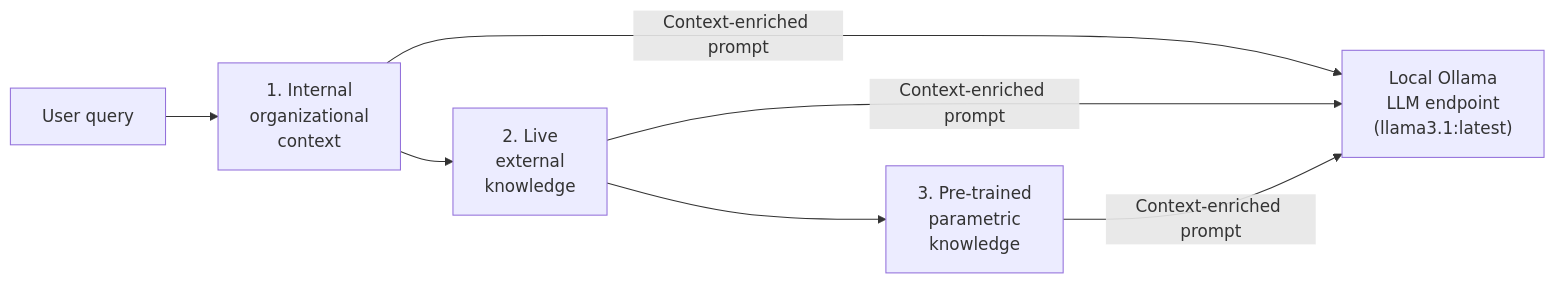
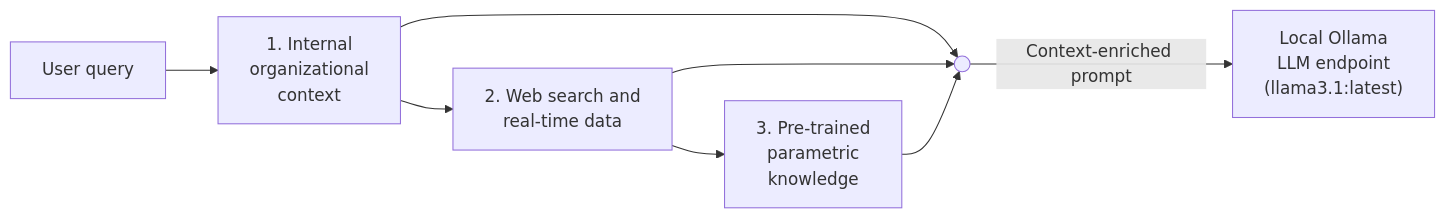
The diagram in README.MD (panxiaoyan225-sudo/Agentic_RAG_Pipeline), drawn with Mermaid before and after one commit.

Commit message:
Full End-to-End Agentic RAG Pipeline

````diff
--- a/README.MD
+++ b/README.MD
@@ -14,9 +14,11 @@
 ```mermaid
 flowchart LR
     Q["User query"] --> R1["1. Internal<br>organizational<br>context"]
-    R1 --> R2["2. Live<br>external<br>knowledge"]
+    R1 --> R2["2. Web search and<br>real-time data"]
     R2 --> R3["3. Pre-trained<br>parametric<br>knowledge"]
-    R1 -->|Context-enriched prompt| LLM["Local Ollama<br>LLM endpoint<br>(llama3.1:latest)"]
-    R2 -->|Context-enriched prompt| LLM
-    R3 -->|Context-enriched prompt| LLM
+    R1 --> Conv
+    R2 --> Conv
+    R3 --> Conv(( ))
+    style Conv height:0px,width:0px;
+    Conv -->|Context-enriched prompt| LLM["Local Ollama<br>LLM endpoint<br>(llama3.1:latest)"]
 ```
````
